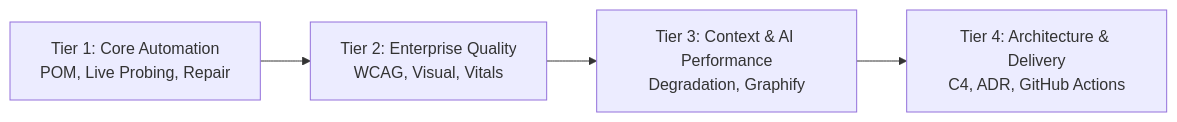
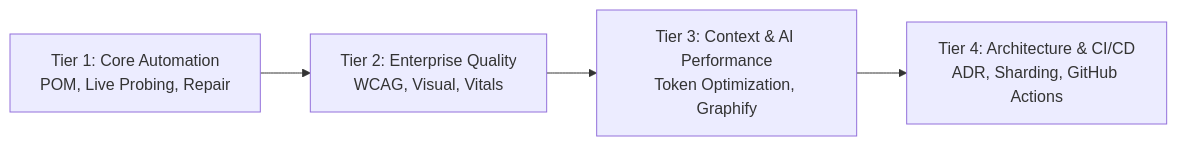
One commit to TeeVee98/Synapse-Hub changed the second of 2 diagrams in docs/ARCHITECTURE.md. Above: the diagram before and after it, drawn with Mermaid. The commit also changed other lines of this file and 87 other files, not shown here.

````diff
--- a/docs/ARCHITECTURE.md
+++ b/docs/ARCHITECTURE.md
@@ -43,6 +43,6 @@
 ```mermaid
 flowchart LR
     T1["Tier 1: Core Automation<br/>POM, Live Probing, Repair"] --> T2["Tier 2: Enterprise Quality<br/>WCAG, Visual, Vitals"]
-    T2 --> T3["Tier 3: Context & AI Performance<br/>Degradation, Graphify"]
-    T3 --> T4["Tier 4: Architecture & Delivery<br/>C4, ADR, GitHub Actions"]
+    T2 --> T3["Tier 3: Context & AI Performance<br/>Token Optimization, Graphify"]
+    T3 --> T4["Tier 4: Architecture & CI/CD<br/>ADR, Sharding, GitHub Actions"]
 ```
````
